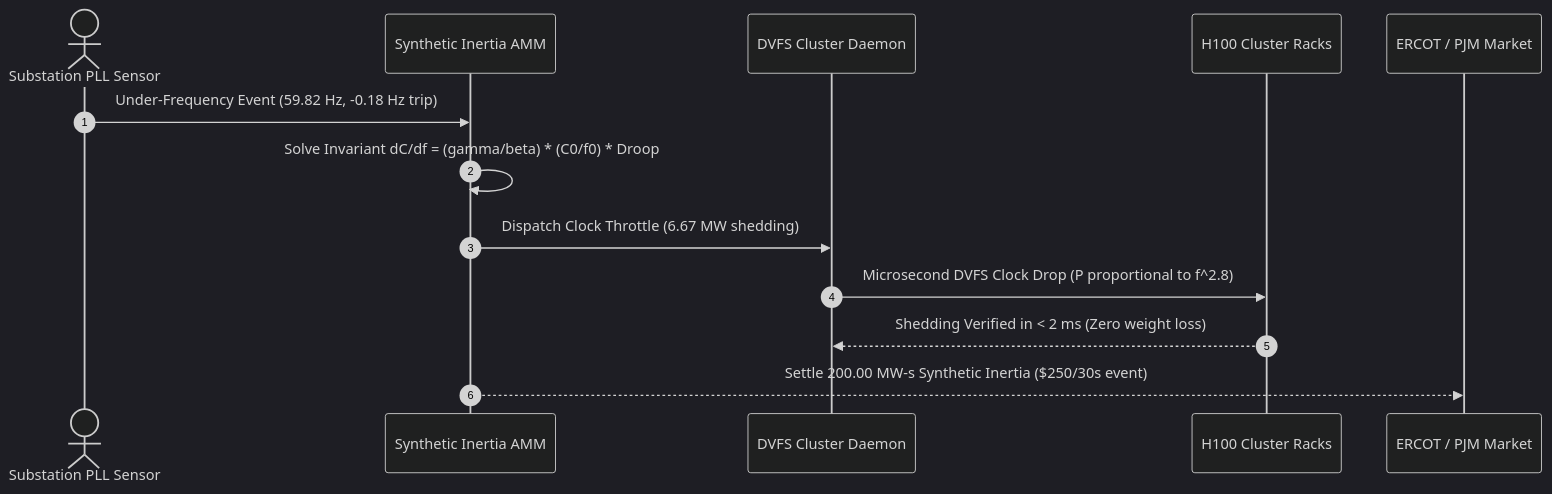
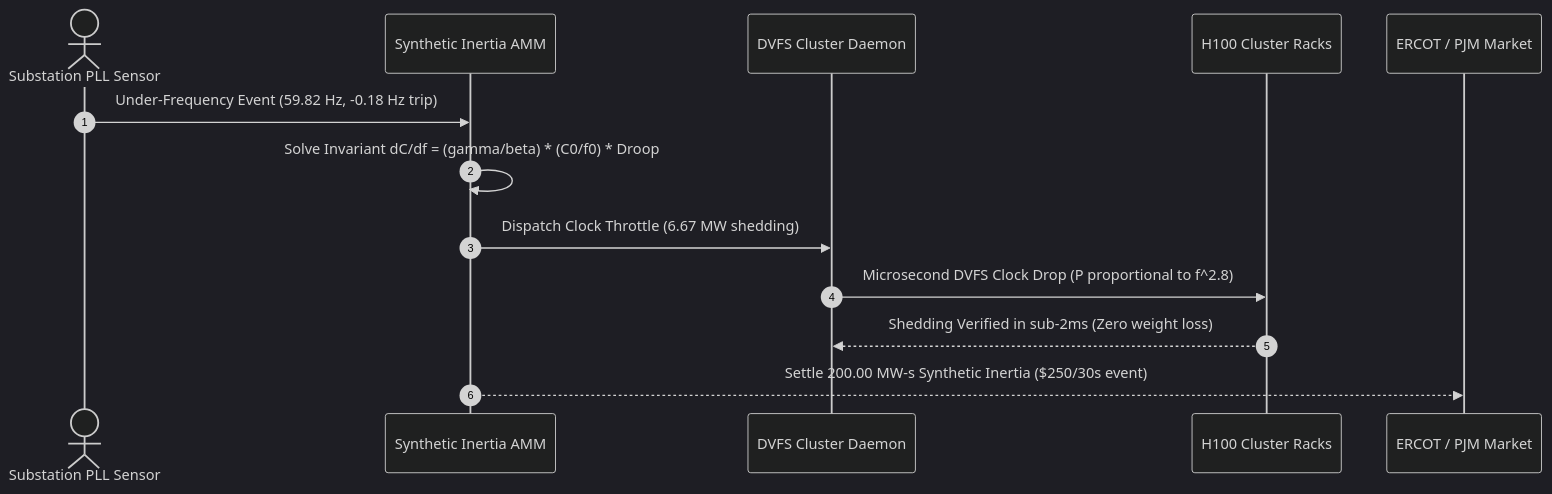
One commit to AAH20/apex-compute-energy-futures changed the second of 3 diagrams in docs/wiki/diagrams/sequences.md. Above: the diagram before and after it, drawn with Mermaid (dark theme). The commit also changed other lines of this file and 4 other files, not shown here.

Commit message:
fix(diagrams): sanitize mermaid syntax for 100% github native rendering

````diff
--- a/docs/wiki/diagrams/sequences.md
+++ b/docs/wiki/diagrams/sequences.md
@@ -34,16 +34,16 @@
 ```mermaid
 sequenceDiagram
     autonumber
     actor Grid as Substation PLL Sensor
     participant AMM as Synthetic Inertia AMM
     participant DVFS as DVFS Cluster Daemon
     participant GPU as H100 Cluster Racks
     participant RTO as ERCOT / PJM Market
 
     Grid->>AMM: Under-Frequency Event (59.82 Hz, -0.18 Hz trip)
     AMM->>AMM: Solve Invariant dC/df = (gamma/beta) * (C0/f0) * Droop
     AMM->>DVFS: Dispatch Clock Throttle (6.67 MW shedding)
     DVFS->>GPU: Microsecond DVFS Clock Drop (P proportional to f^2.8)
-    GPU-->>DVFS: Shedding Verified in < 2 ms (Zero weight loss)
+    GPU-->>DVFS: Shedding Verified in sub-2ms (Zero weight loss)
     AMM-->>RTO: Settle 200.00 MW-s Synthetic Inertia ($250/30s event)
 ```
````
